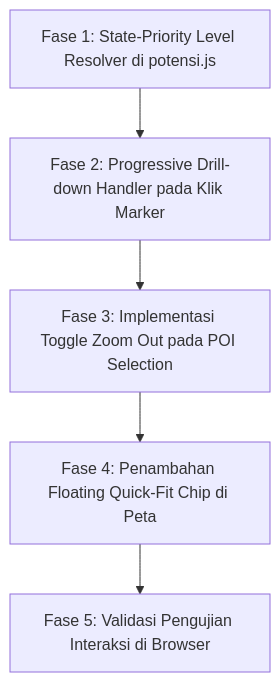
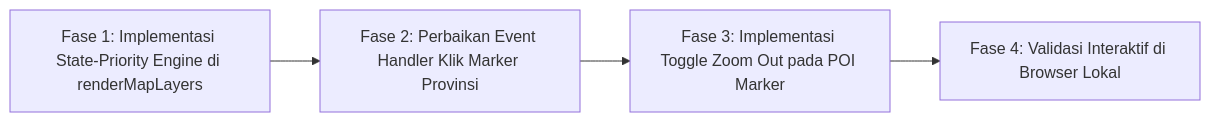
One commit to GigaLukmanMaulana/mockup-indonesia-data-portal changed the second of 2 diagrams in docs/PLANNING_FIX_DRILLDOWN_CLUSTER_DAN_ZOOM_POI.md. Above: the diagram before and after it, drawn with Mermaid. The commit also changed other lines of this file and 1 other file, not shown here.

Commit message:
fix(potensi): implement State-Priority engine for province drilldown and POI toggle zoom

````diff
--- a/docs/PLANNING_FIX_DRILLDOWN_CLUSTER_DAN_ZOOM_POI.md
+++ b/docs/PLANNING_FIX_DRILLDOWN_CLUSTER_DAN_ZOOM_POI.md
@@ -141,7 +193,6 @@
 ```mermaid
-graph TD
-    A[Fase 1: State-Priority Level Resolver di potensi.js] --> B[Fase 2: Progressive Drill-down Handler pada Klik Marker]
-    B --> C[Fase 3: Implementasi Toggle Zoom Out pada POI Selection]
-    C --> D[Fase 4: Penambahan Floating Quick-Fit Chip di Peta]
-    D --> E[Fase 5: Validasi Pengujian Interaksi di Browser]
+flowchart LR
+    A[Fase 1: Implementasi State-Priority Engine di renderMapLayers] --> B[Fase 2: Perbaikan Event Handler Klik Marker Provinsi]
+    B --> C[Fase 3: Implementasi Toggle Zoom Out pada POI Marker]
+    C --> D[Fase 4: Validasi Interaktif di Browser Lokal]
 ```
````
